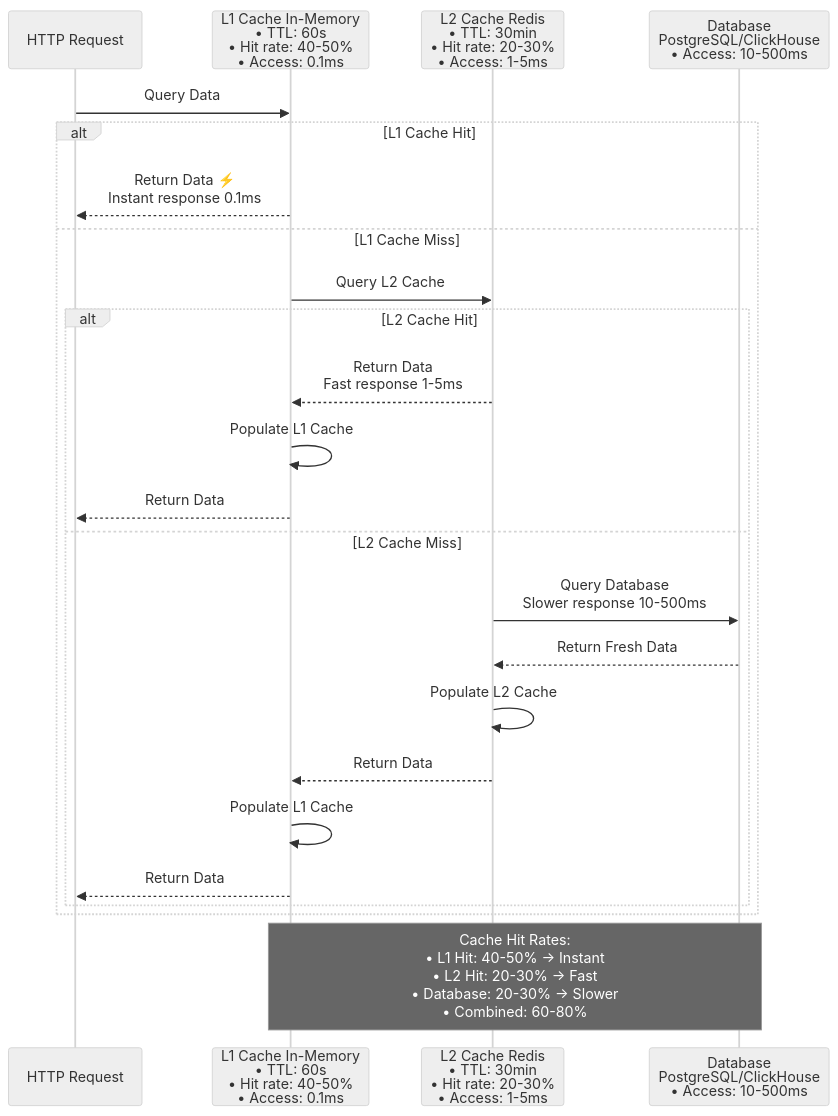
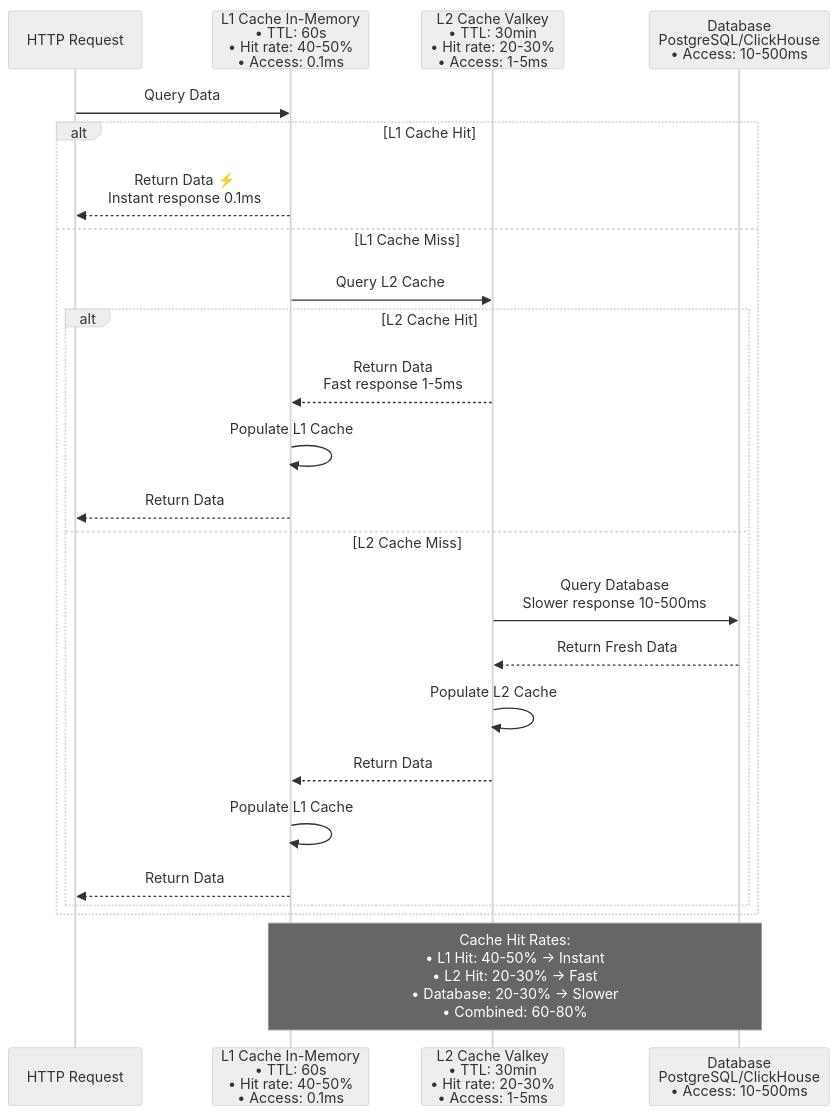
Before and after one commit to telemetryflow/telemetryflow-overview: diagram 12 of 14 in architecture/01-SYSTEM-ARCHITECTURE.md, drawn with Mermaid (neutral theme). The commit also changed other lines of this file and 23 other files, not shown here.

First line of the commit message:
docs: relabel Redis->Valkey in architecture/diagrams/prose (follow-up sweep)

````diff
--- a/architecture/01-SYSTEM-ARCHITECTURE.md
+++ b/architecture/01-SYSTEM-ARCHITECTURE.md
@@ -684,30 +684,30 @@
 ```mermaid
 sequenceDiagram
     participant Request as HTTP Request
     participant L1 as L1 Cache In-Memory<br/>• TTL: 60s<br/>• Hit rate: 40-50%<br/>• Access: 0.1ms
-    participant L2 as L2 Cache Redis<br/>• TTL: 30min<br/>• Hit rate: 20-30%<br/>• Access: 1-5ms
+    participant L2 as L2 Cache Valkey<br/>• TTL: 30min<br/>• Hit rate: 20-30%<br/>• Access: 1-5ms
     participant DB as Database<br/>PostgreSQL/ClickHouse<br/>• Access: 10-500ms
 
     Request->>L1: Query Data
 
     alt L1 Cache Hit
         L1-->>Request: Return Data ⚡<br/>Instant response 0.1ms
     else L1 Cache Miss
         L1->>L2: Query L2 Cache
 
         alt L2 Cache Hit
             L2-->>L1: Return Data<br/>Fast response 1-5ms
             L1->>L1: Populate L1 Cache
             L1-->>Request: Return Data
         else L2 Cache Miss
             L2->>DB: Query Database<br/>Slower response 10-500ms
             DB-->>L2: Return Fresh Data
             L2->>L2: Populate L2 Cache
             L2-->>L1: Return Data
             L1->>L1: Populate L1 Cache
             L1-->>Request: Return Data
         end
     end
 
     Note over L1,DB: Cache Hit Rates:<br/>• L1 Hit: 40-50% → Instant<br/>• L2 Hit: 20-30% → Fast<br/>• Database: 20-30% → Slower<br/>• Combined: 60-80%
 ```
````
